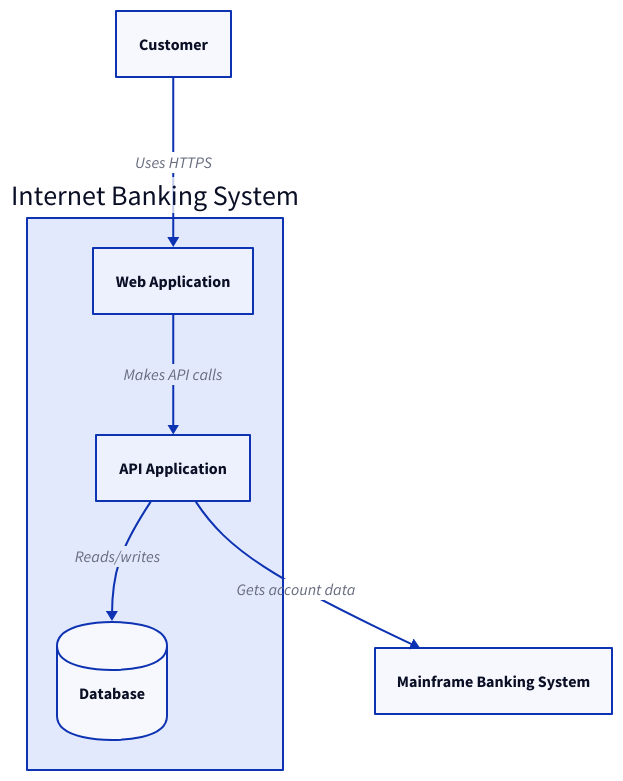
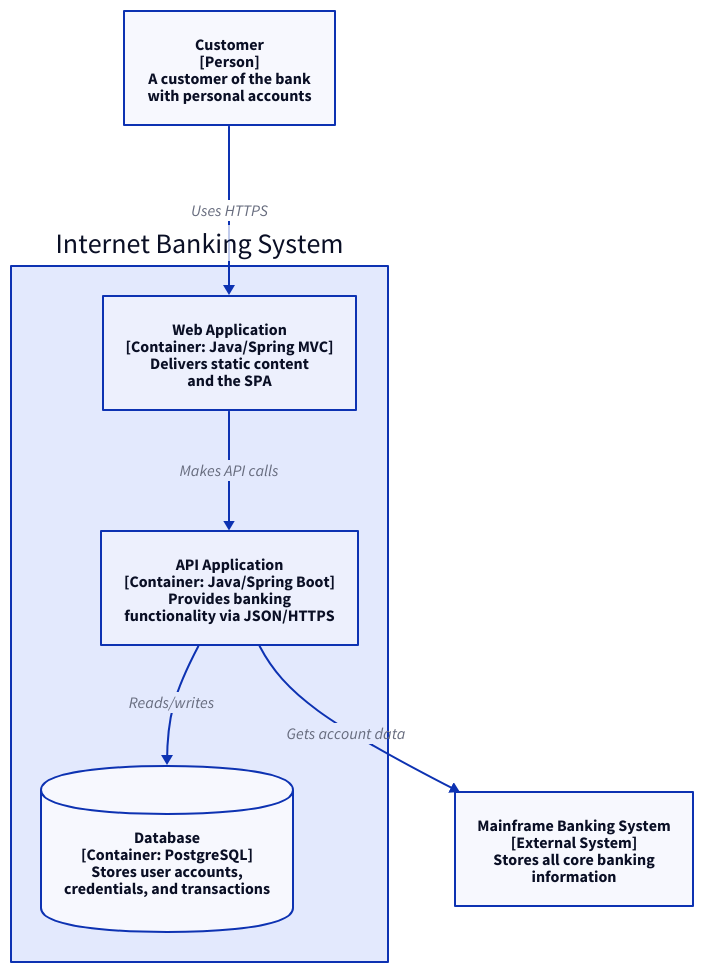
Before and after one commit to barnkob/dsl-diagram-tool: the diagram in examples/c4/05-container-theme.d2, drawn with D2. The commit also changed 3 other files, not shown here.

First line of the commit message:
docs: Add C4 descriptions to example diagrams

```diff
--- a/examples/c4/05-container-theme.d2
+++ b/examples/c4/05-container-theme.d2
@@ -1,41 +1,41 @@
 # C4 Container Diagram (using C4 theme classes)
 #
 # Demonstrates all C4 element types with the built-in theme classes.
 #
 # Usage:
 #   diagtool render examples/c4/05-container-theme.d2 --c4 -o container.svg
 #   diagtool serve examples/c4/05-container-theme.d2 --c4
 
 # Actors
-customer: Customer {
+customer: "Customer\n[Person]\nA customer of the bank\nwith personal accounts" {
   class: c4-person
 }
 
 # Internet Banking System (expanded to show containers)
 banking: Internet Banking System {
   class: c4-system
 
-  web: Web Application {
+  web: "Web Application\n[Container: Java/Spring MVC]\nDelivers static content\nand the SPA" {
     class: c4-container
   }
 
-  api: API Application {
+  api: "API Application\n[Container: Java/Spring Boot]\nProvides banking\nfunctionality via JSON/HTTPS" {
     class: c4-container
   }
 
-  db: Database {
+  db: "Database\n[Container: PostgreSQL]\nStores user accounts,\ncredentials, and transactions" {
     class: c4-container
     shape: cylinder
   }
 }
 
 # External Systems
-mainframe: Mainframe Banking System {
+mainframe: "Mainframe Banking System\n[External System]\nStores all core banking\ninformation" {
   class: c4-external
 }
 
 # Relationships
 customer -> banking.web: Uses HTTPS
 banking.web -> banking.api: Makes API calls
 banking.api -> banking.db: Reads/writes
 banking.api -> mainframe: Gets account data
```
